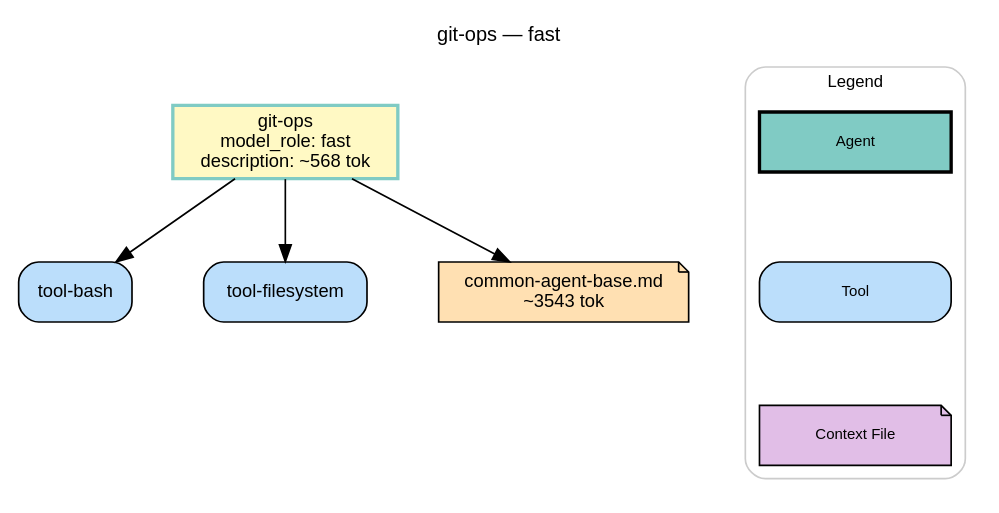
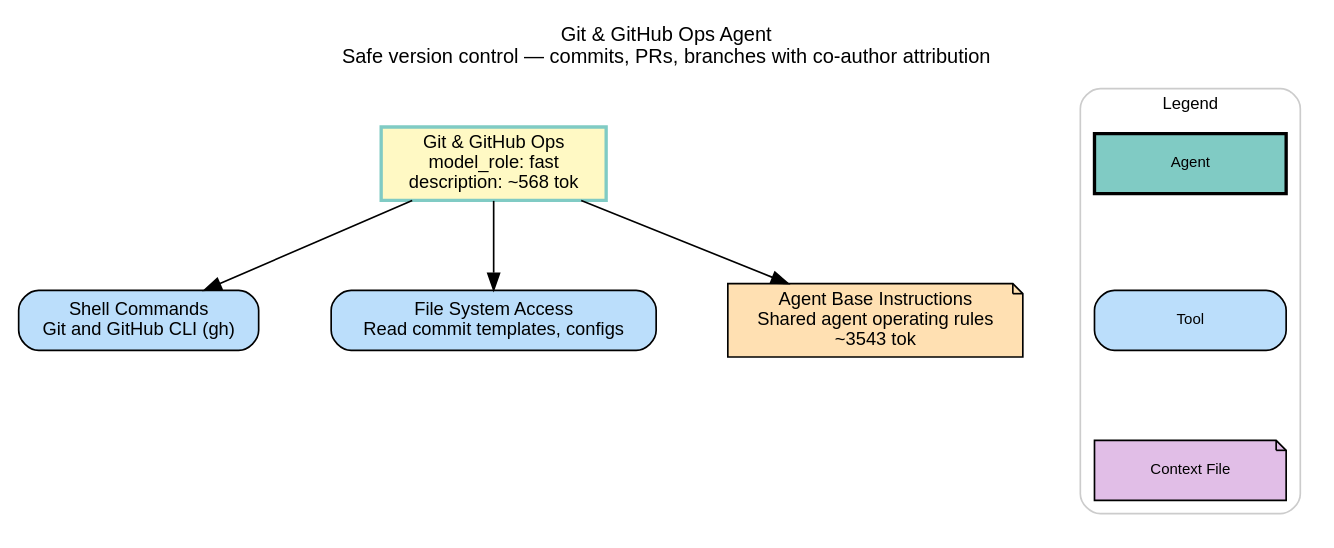
One commit to microsoft/amplifier-foundation changed the diagram in agents/git-ops.dot. Above: the diagram before and after it, drawn with Graphviz. The commit also changed 61 other files, not shown here.

First line of the commit message:
docs(dot-docs): LLM-enhanced labels for all 31 DOT diagrams

```diff
--- a/agents/git-ops.dot
+++ b/agents/git-ops.dot
@@ -1,37 +1,38 @@
+// Git Ops — safe git and GitHub operations with conventional commits and PR generation
 digraph git_ops {
     rankdir=TB
     fontname="Helvetica"
     fontsize=12
-    label="git-ops — fast"
+    label="Git & GitHub Ops Agent\nSafe version control — commits, PRs, branches with co-author attribution"
     labelloc=t
     labeljust=c
     nodesep=0.6
     ranksep=0.7
     bgcolor="white"
     source_hash="5005583966fc992d23c8c8cb1fecfaed76dbe3c7bbd0fd5750a3d00e963c08c6"
 
     node [fontname="Helvetica", fontsize=11, style="filled,rounded"]
     edge [fontname="Helvetica", fontsize=9]
 
-    agent [label="git-ops\nmodel_role: fast\ndescription: ~568 tok", shape=box, fillcolor="#fff9c4", style="filled,bold", color="#80cbc4"]
-    tool_tool_bash [label="tool-bash", shape=box, fillcolor="#bbdefb", style="filled,rounded"]
-    tool_tool_filesystem [label="tool-filesystem", shape=box, fillcolor="#bbdefb", style="filled,rounded"]
-    ctx_foundation_context_shared_common_agent_base_md [label="common-agent-base.md\n~3543 tok", shape=note, fillcolor="#ffe0b2", style="filled"]
+    agent [label="Git & GitHub Ops\nmodel_role: fast\ndescription: ~568 tok", shape=box, fillcolor="#fff9c4", style="filled,bold", color="#80cbc4"]
+    tool_tool_bash [label="Shell Commands\nGit and GitHub CLI (gh)", shape=box, fillcolor="#bbdefb", style="filled,rounded"]
+    tool_tool_filesystem [label="File System Access\nRead commit templates, configs", shape=box, fillcolor="#bbdefb", style="filled,rounded"]
+    ctx_foundation_context_shared_common_agent_base_md [label="Agent Base Instructions\nShared agent operating rules\n~3543 tok", shape=note, fillcolor="#ffe0b2", style="filled"]
 
     agent -> tool_tool_bash
     agent -> tool_tool_filesystem
     agent -> ctx_foundation_context_shared_common_agent_base_md
 
     subgraph cluster_legend {
         label="Legend"
         style="filled,rounded"
         fillcolor="white"
         color="#cccccc"
         fontsize=10
         node [shape=box, fontsize=9, width=1.6]
         leg_agent [label="Agent", shape=box, fillcolor="#80cbc4", style="filled,bold"]
         leg_tool [label="Tool", shape=box, fillcolor="#bbdefb", style="filled,rounded"]
         leg_ctx [label="Context File", shape=note, fillcolor="#e1bee7", style="filled,rounded"]
         leg_agent -> leg_tool -> leg_ctx [style=invis]
     }
 }
```
